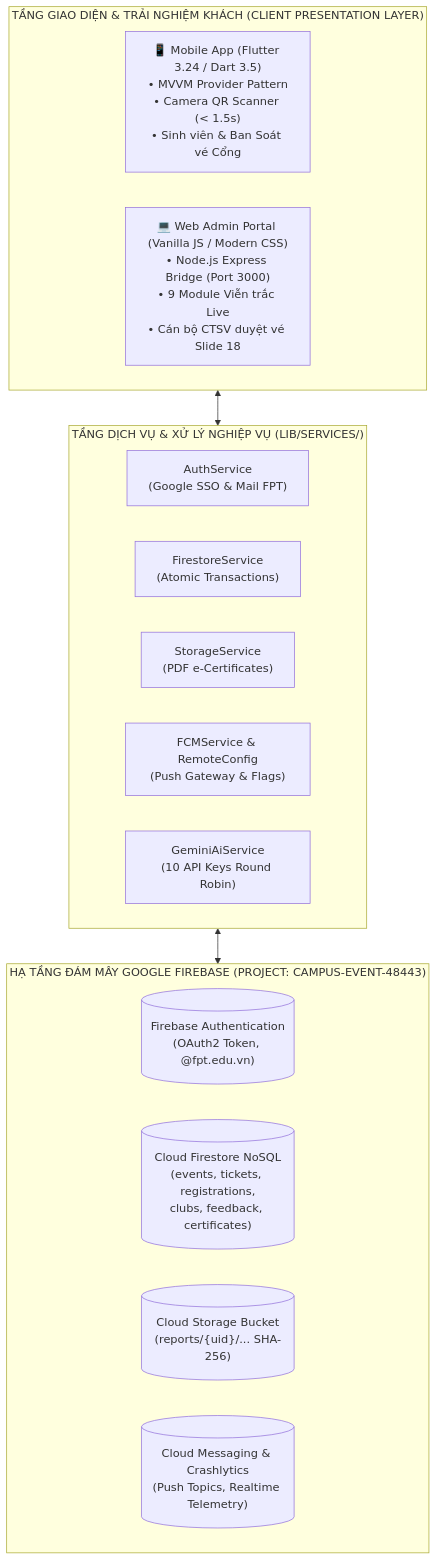
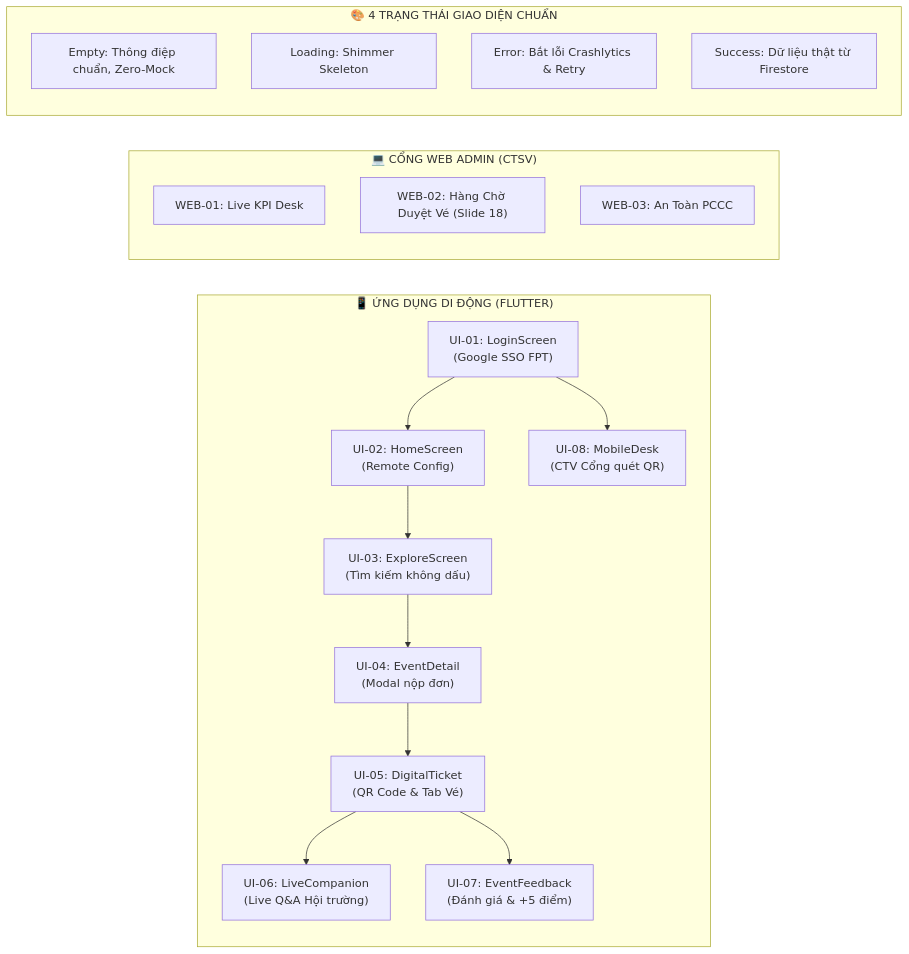
The third of 4 diagrams in docs/diagrams/SLIDE_DIAGRAMS_GUIDE.md (lqkhanh295/PRM393_Lab03_SE193989), drawn with Mermaid before and after one commit. The commit also changed other lines of this file and 15 other files, not shown here.

Commit message:
docs(diagrams): complete all 12 diagrams for Guideline V11 including Slide 11, 16, 17, 21

````diff
--- a/docs/diagrams/SLIDE_DIAGRAMS_GUIDE.md
+++ b/docs/diagrams/SLIDE_DIAGRAMS_GUIDE.md
@@ -127,26 +131,25 @@
 ```mermaid
-flowchart TD
-    subgraph Client_Presentation ["TẦNG GIAO DIỆN & TRẢI NGHIỆM KHÁCH (CLIENT PRESENTATION LAYER)"]
-        direction LR
-        Mobile["📱 Mobile App (Flutter 3.24 / Dart 3.5)\n• MVVM Provider Pattern\n• Camera QR Scanner (< 1.5s)\n• Sinh viên & Ban Soát vé Cổng"]
-        WebAdmin["💻 Web Admin Portal (Vanilla JS / Modern CSS)\n• Node.js Express Bridge (Port 3000)\n• 9 Module Viễn trắc Live\n• Cán bộ CTSV duyệt vé Slide 18"]
+flowchart LR
+    subgraph Mobile_App ["📱 ỨNG DỤNG DI ĐỘNG (FLUTTER)"]
+        U1["UI-01: LoginScreen\n(Google SSO FPT)"] --> U2["UI-02: HomeScreen\n(Remote Config)"]
+        U2 --> U3["UI-03: ExploreScreen\n(Tìm kiếm không dấu)"]
+        U3 --> U4["UI-04: EventDetail\n(Modal nộp đơn)"]
+        U4 --> U5["UI-05: DigitalTicket\n(QR Code & Tab Vé)"]
+        U5 --> U6["UI-06: LiveCompanion\n(Live Q&A Hội trường)"]
+        U5 --> U7["UI-07: EventFeedback\n(Đánh giá & +5 điểm)"]
+        U1 --> U8["UI-08: MobileDesk\n(CTV Cổng quét QR)"]
     end
 
-    subgraph Service_Layer ["TẦNG DỊCH VỤ & XỬ LÝ NGHIỆP VỤ (LIB/SERVICES/)"]
-        AuthSvc["AuthService\n(Google SSO & Mail FPT)"]
-        FirestoreSvc["FirestoreService\n(Atomic Transactions)"]
-        StorageSvc["StorageService\n(PDF e-Certificates)"]
-        FCMSvc["FCMService & RemoteConfig\n(Push Gateway & Flags)"]
-        GeminiSvc["GeminiAiService\n(10 API Keys Round Robin)"]
+    subgraph Web_Portal ["💻 CỔNG WEB ADMIN (CTSV)"]
+        W1["WEB-01: Live KPI Desk"]
+        W2["WEB-02: Hàng Chờ Duyệt Vé (Slide 18)"]
+        W3["WEB-03: An Toàn PCCC"]
     end
 
-    subgraph Cloud_Backend ["HẠ TẦNG ĐÁM MÂY GOOGLE FIREBASE (PROJECT: CAMPUS-EVENT-48443)"]
-        FAuth[("Firebase Authentication\n(OAuth2 Token, @fpt.edu.vn)")]
-        FirestoreDB[("Cloud Firestore NoSQL\n(events, tickets, registrations,\nclubs, feedback, certificates)")]
-        FStorage[("Cloud Storage Bucket\n(reports/{uid}/... SHA-256)")]
-        FFCM[("Cloud Messaging & Crashlytics\n(Push Topics, Realtime Telemetry)")]
+    subgraph UI_States ["🎨 4 TRẠNG THÁI GIAO DIỆN CHUẨN"]
+        S1["Empty: Thông điệp chuẩn, Zero-Mock"]
+        S2["Loading: Shimmer Skeleton"]
+        S3["Error: Bắt lỗi Crashlytics & Retry"]
+        S4["Success: Dữ liệu thật từ Firestore"]
     end
-
-    Client_Presentation <--> Service_Layer
-    Service_Layer <--> Cloud_Backend
 ```
````
